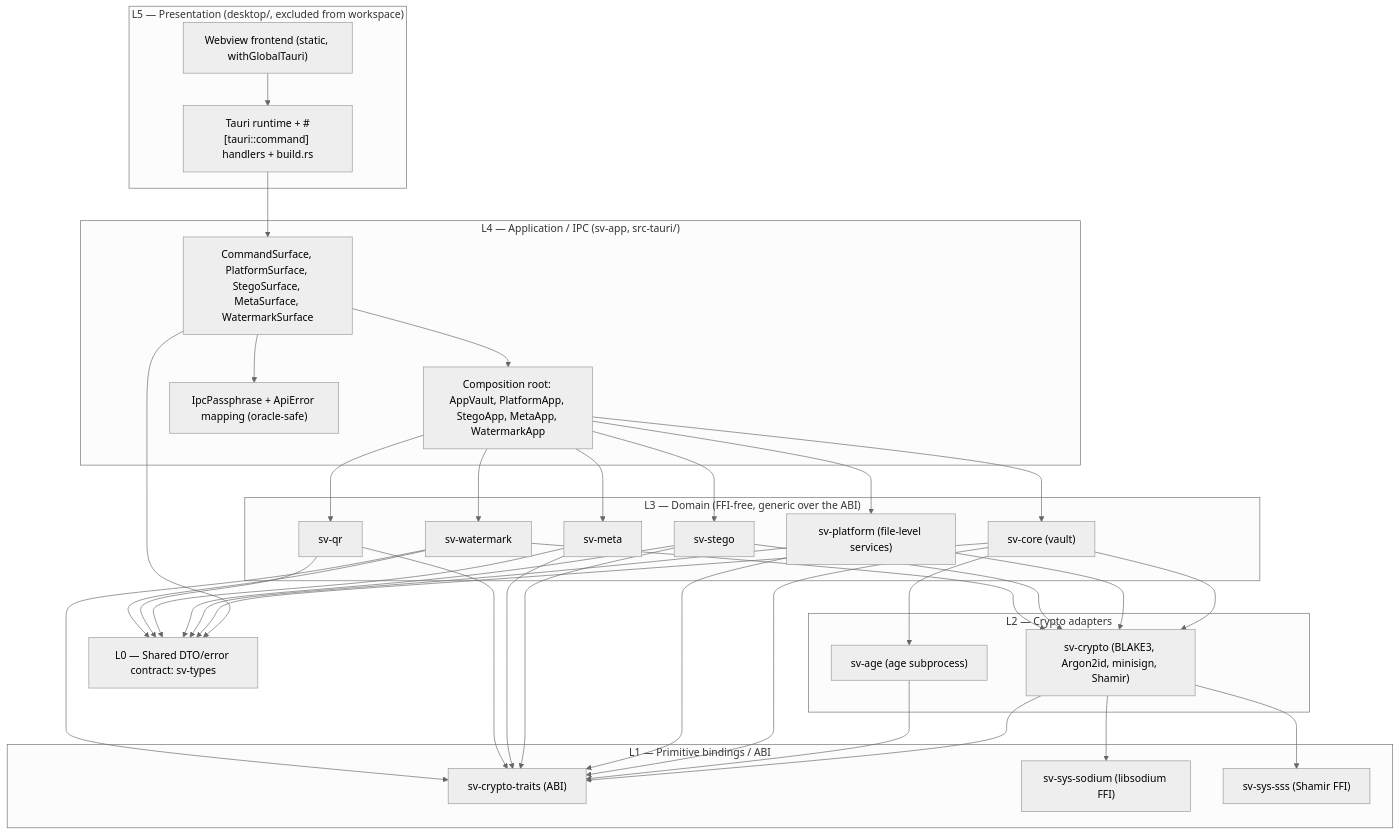
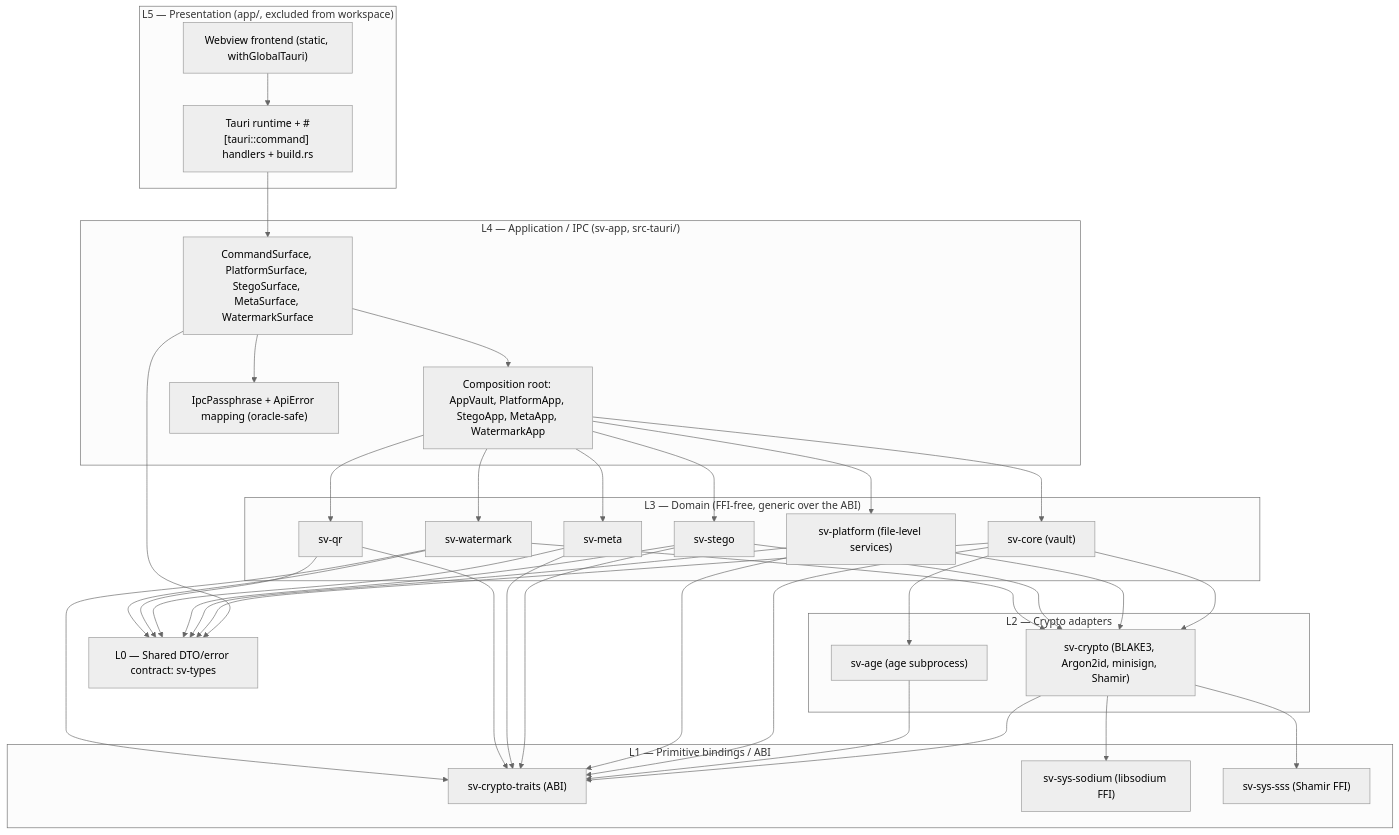
Before and after one commit to imtoiteu/secure-vault-research: the first of 4 diagrams in docs/architecture/03-system-architecture.md, drawn with Mermaid (neutral theme). The commit also changed other lines of this file and 58 other files, not shown here.

First line of the commit message:
refactor: rename desktop/ to app/ for the shared multi-platform shell

````diff
--- a/docs/architecture/03-system-architecture.md
+++ b/docs/architecture/03-system-architecture.md
@@ -19,39 +19,39 @@
 ```mermaid
 graph TD
-    subgraph L5["L5 — Presentation (desktop/, excluded from workspace)"]
+    subgraph L5["L5 — Presentation (app/, excluded from workspace)"]
         FE["Webview frontend (static, withGlobalTauri)"]
         SHELL["Tauri runtime + #[tauri::command] handlers + build.rs"]
     end
     subgraph L4["L4 — Application / IPC (sv-app, src-tauri/)"]
         SURF["CommandSurface, PlatformSurface, StegoSurface, MetaSurface, WatermarkSurface"]
         COMP["Composition root: AppVault, PlatformApp, StegoApp, MetaApp, WatermarkApp"]
         IPCSEC["IpcPassphrase + ApiError mapping (oracle-safe)"]
     end
     subgraph L3["L3 — Domain (FFI-free, generic over the ABI)"]
         CORE["sv-core (vault)"]
         PLAT["sv-platform (file-level services)"]
         STEG["sv-stego"]
         META["sv-meta"]
         QR["sv-qr"]
         WM["sv-watermark"]
     end
     subgraph L2["L2 — Crypto adapters"]
         IMPL["sv-crypto (BLAKE3, Argon2id, minisign, Shamir)"]
         AGE["sv-age (age subprocess)"]
     end
     subgraph L1["L1 — Primitive bindings / ABI"]
         TRAITS["sv-crypto-traits (ABI)"]
         SOD["sv-sys-sodium (libsodium FFI)"]
         SSS["sv-sys-sss (Shamir FFI)"]
     end
     L0["L0 — Shared DTO/error contract: sv-types"]
 
     FE --> SHELL --> SURF
     SURF --> COMP --> CORE & PLAT & STEG & META & QR & WM
     SURF --> IPCSEC
     CORE & PLAT & STEG & WM --> IMPL
     CORE --> AGE
     IMPL --> SOD & SSS
     IMPL & AGE & CORE & PLAT & STEG & META & QR & WM --> TRAITS
     SURF & CORE & PLAT & STEG & META & QR & WM --> L0
 ```
````
